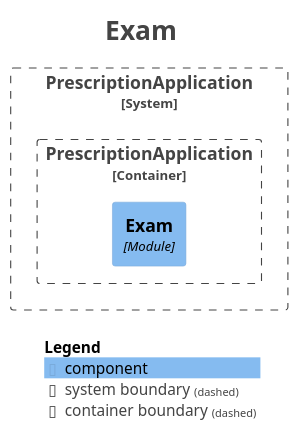
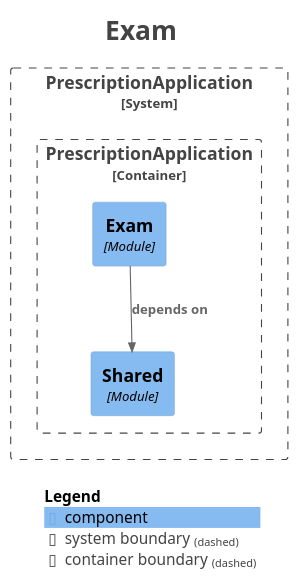
The diagram in docs/moduller/module-exam.puml (Losdreyfedus/doping-prescription), drawn with PlantUML before and after one commit. The commit also changed 7 other files, not shown here.

```diff
--- a/docs/moduller/module-exam.puml
+++ b/docs/moduller/module-exam.puml
@@ -1,27 +1,30 @@
 @startuml
 title <size:24>Exam</size>
 
 set separator none
 top to bottom direction
 
 <style>
   root {
     BackgroundColor: #ffffff
     FontColor: #444444
   }
 </style>
 
 !include <C4/C4>
 !include <C4/C4_Context>
 !include <C4/C4_Component>
 
 System_Boundary("PrescriptionApplication_boundary", "PrescriptionApplication", $tags="") {
   Container_Boundary("PrescriptionApplication.PrescriptionApplication_boundary", "PrescriptionApplication", $tags="") {
     Component(PrescriptionApplication.PrescriptionApplication.Exam, "Exam", $techn="Module", $descr="", $tags="", $link="")
+    Component(PrescriptionApplication.PrescriptionApplication.Shared, "Shared", $techn="Module", $descr="", $tags="", $link="")
   }
 
 }
 
+Rel(PrescriptionApplication.PrescriptionApplication.Exam, PrescriptionApplication.PrescriptionApplication.Shared, "depends on", $techn="", $tags="", $link="")
+
 SHOW_LEGEND(true)
 hide stereotypes
 @enduml
```
